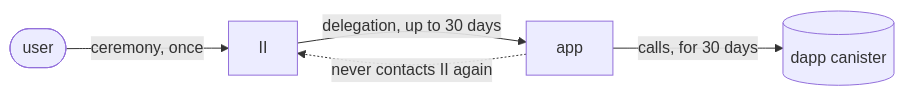
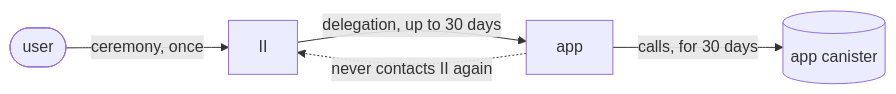
One commit to dfinity/internet-identity changed the first of 4 diagrams in docs/ongoing/shared-revocable-sessions.md. Above: the diagram before and after it, drawn with Mermaid. The commit also changed other lines of this file, not shown here.

````diff
--- a/docs/ongoing/shared-revocable-sessions.md
+++ b/docs/ongoing/shared-revocable-sessions.md
@@ -25,7 +25,7 @@
 ```mermaid
 flowchart LR
     U([user]) -->|"ceremony, once"| II["II"]
     II -->|"delegation, up to 30 days"| A["app"]
-    A -->|"calls, for 30 days"| D[("dapp canister")]
+    A -->|"calls, for 30 days"| D[("app canister")]
     A -.->|"never contacts II again"| II
 ```
````
